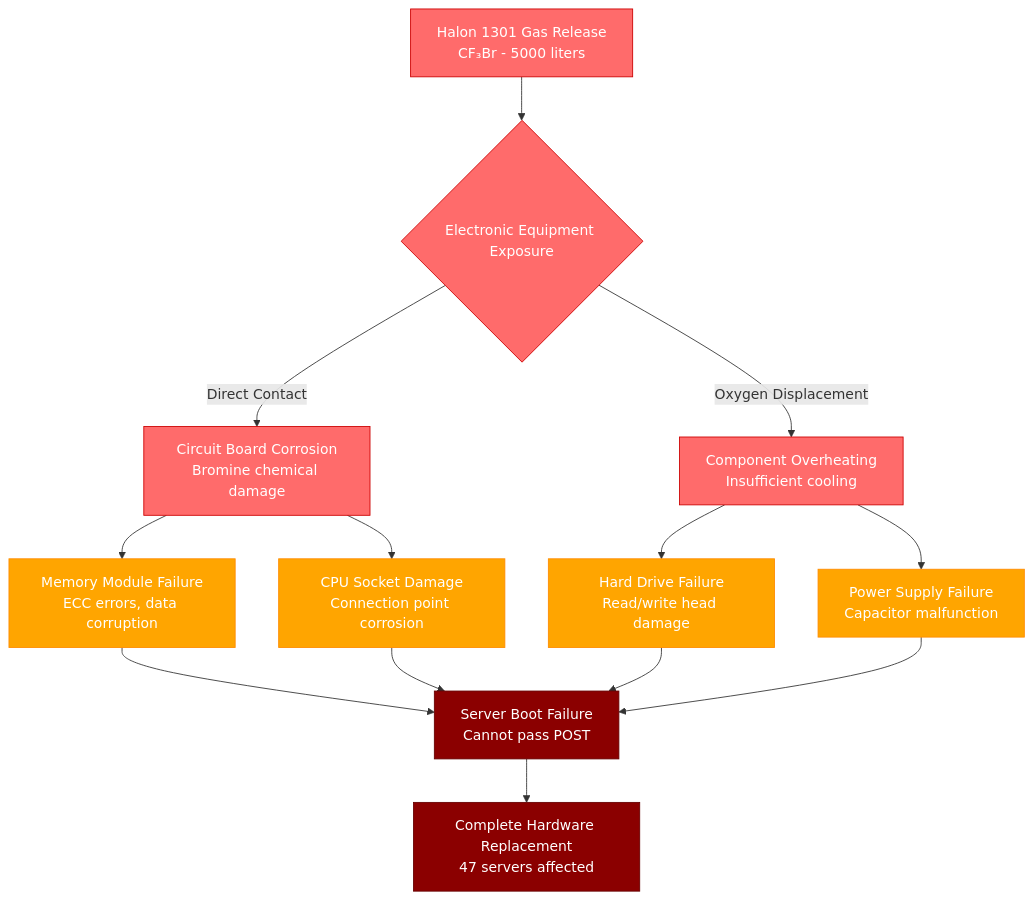
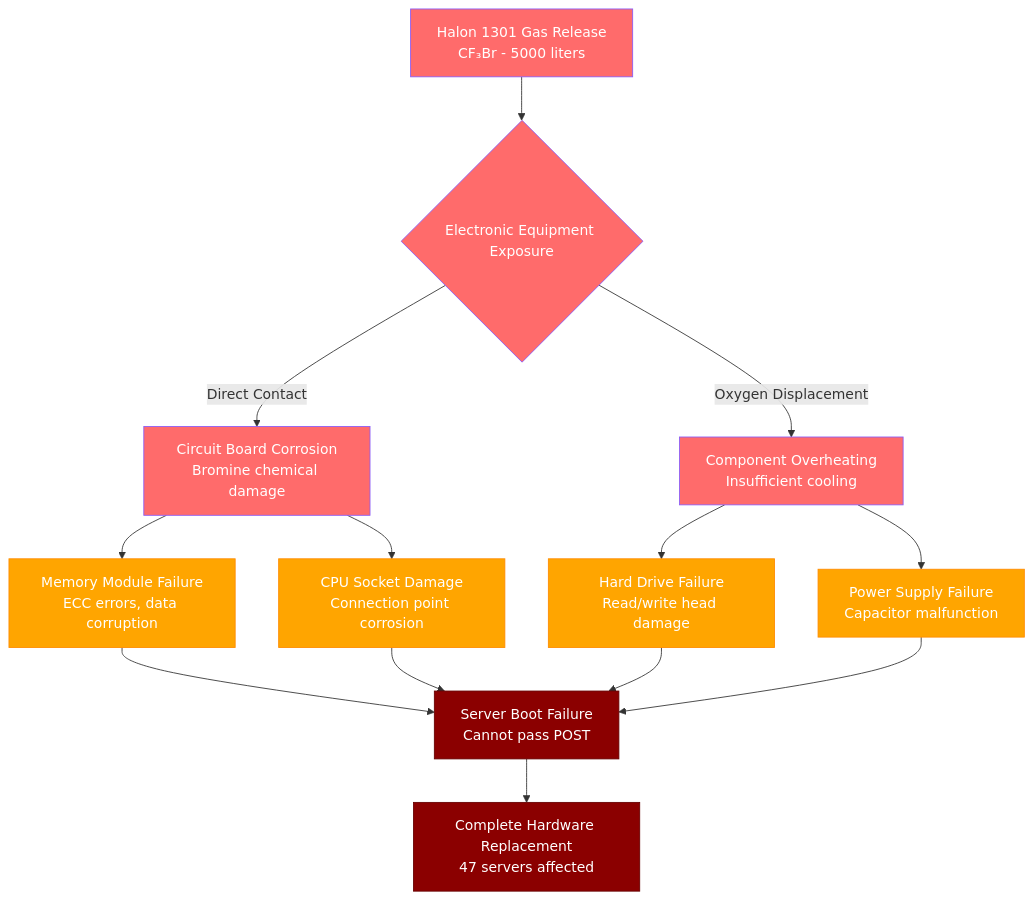
Before and after one commit to deepaucksharma/DS: the sixth of 12 diagrams in site/docs/incidents/alibaba-cloud-2023.md, drawn with Mermaid. The commit also changed other lines of this file and 303 other files, not shown here.

````diff
--- a/site/docs/incidents/alibaba-cloud-2023.md
+++ b/site/docs/incidents/alibaba-cloud-2023.md
@@ -227,27 +227,27 @@
 ```mermaid
 flowchart TD
     A[Halon 1301 Gas Release<br/>CF₃Br - 5000 liters] --> B{Electronic Equipment Exposure}
     B -->|Direct Contact| C[Circuit Board Corrosion<br/>Bromine chemical damage]
     B -->|Oxygen Displacement| D[Component Overheating<br/>Insufficient cooling]
 
     C --> E[Memory Module Failure<br/>ECC errors, data corruption]
     C --> F[CPU Socket Damage<br/>Connection point corrosion]
 
     D --> G[Hard Drive Failure<br/>Read/write head damage]
     D --> H[Power Supply Failure<br/>Capacitor malfunction]
 
     E --> I[Server Boot Failure<br/>Cannot pass POST]
     F --> I
     G --> I
     H --> I
 
     I --> J[Complete Hardware Replacement<br/>47 servers affected]
 
-    classDef chemical fill:#FF6B6B,stroke:#CC0000,color:#fff
+    classDef chemical fill:#FF6B6B,stroke:#8B5CF6,color:#fff
     classDef damage fill:#FFA500,stroke:#FF8C00,color:#fff
     classDef failure fill:#8B0000,stroke:#660000,color:#fff
 
     class A,B,C,D chemical
     class E,F,G,H damage
     class I,J failure
 ```
````
